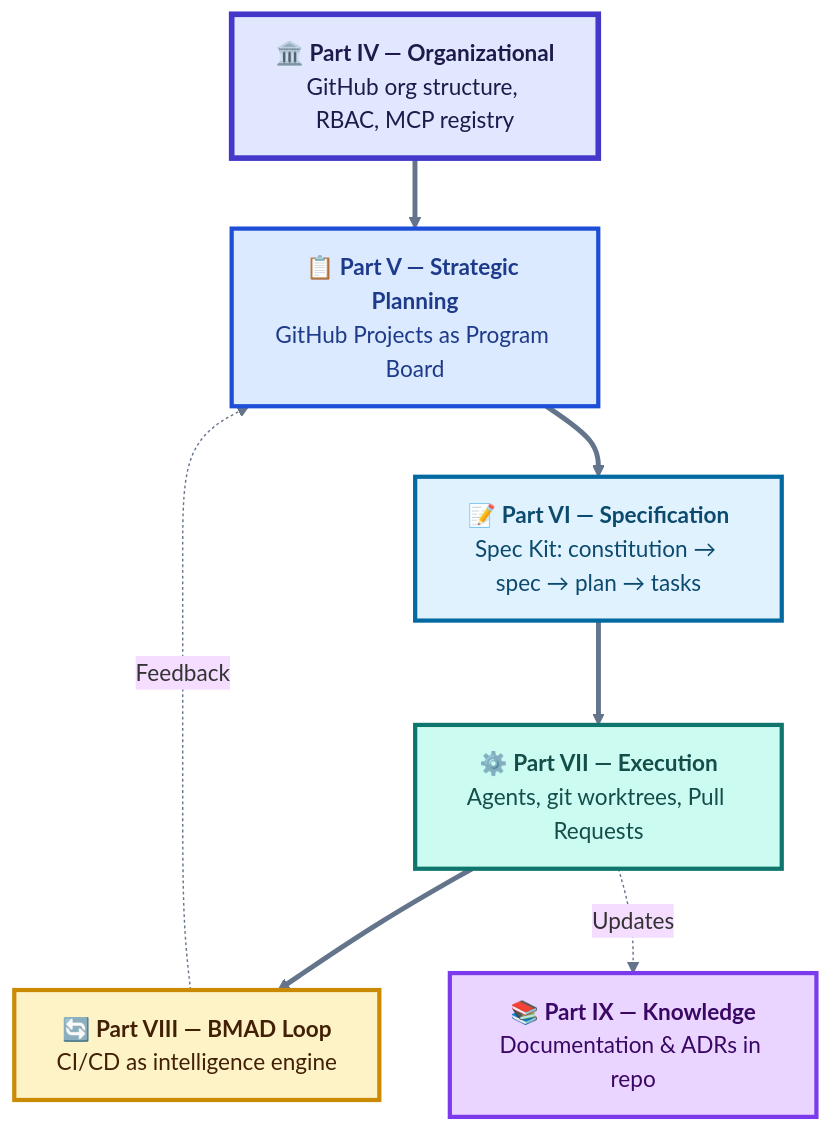
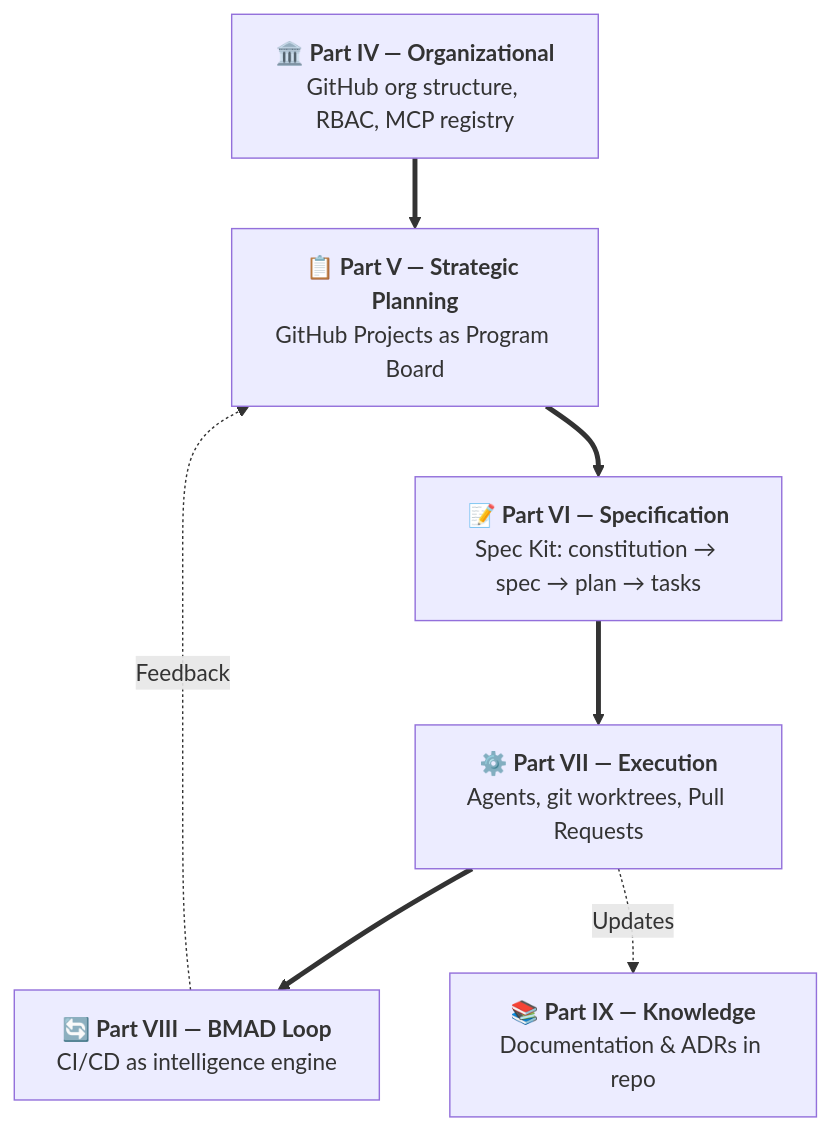
One commit to donbr/github-agentic-om changed the first of 8 diagrams in github-native-operating-model.md. Above: the diagram before and after it, drawn with Mermaid. The commit also changed other lines of this file, not shown here.

````diff
--- a/github-native-operating-model.md
+++ b/github-native-operating-model.md
@@ -40,33 +40,18 @@
 ```mermaid
-%%{init: {"theme":"base", "themeVariables": {"lineColor":"#64748B","primaryBorderColor":"#64748B","textColor":"#1E293B","background":"#FFFFFF"}}}%%
 flowchart TB
     %% Simplified Overview - Progressive Disclosure Pattern
 
     ORG["🏛️ <b>Part IV — Organizational</b><br/>GitHub org structure, RBAC, MCP registry"]
     PLAN["📋 <b>Part V — Strategic Planning</b><br/>GitHub Projects as Program Board"]
     SPEC["📝 <b>Part VI — Specification</b><br/>Spec Kit: constitution → spec → plan → tasks"]
     EXEC["⚙️ <b>Part VII — Execution</b><br/>Agents, git worktrees, Pull Requests"]
     BMAD["🔄 <b>Part VIII — BMAD Loop</b><br/>CI/CD as intelligence engine"]
     KNOW["📚 <b>Part IX — Knowledge</b><br/>Documentation & ADRs in repo"]
 
     ORG ==> PLAN
     PLAN ==> SPEC
     SPEC ==> EXEC
     EXEC ==> BMAD
     BMAD -.Feedback.-> PLAN
     EXEC -.Updates.-> KNOW
-
-    classDef foundation fill:#E0E7FF,stroke:#4338CA,stroke-width:4px,color:#1E1B4B
-    classDef planning fill:#DBEAFE,stroke:#1D4ED8,stroke-width:3px,color:#1E3A8A
-    classDef specification fill:#E0F2FE,stroke:#0369A1,stroke-width:3px,color:#0C4A6E
-    classDef execution fill:#CCFBF1,stroke:#0F766E,stroke-width:3px,color:#134E4A
-    classDef intelligence fill:#FEF3C7,stroke:#CA8A04,stroke-width:3px,color:#422006
-    classDef knowledge fill:#E9D5FF,stroke:#7C3AED,stroke-width:3px,color:#3B0764
-
-    class ORG foundation
-    class PLAN planning
-    class SPEC specification
-    class EXEC execution
-    class BMAD intelligence
-    class KNOW knowledge
 ```
````
